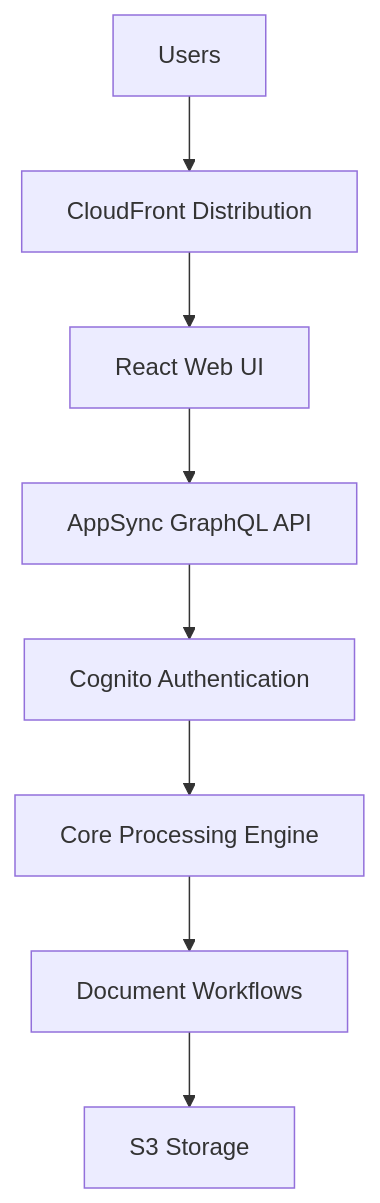
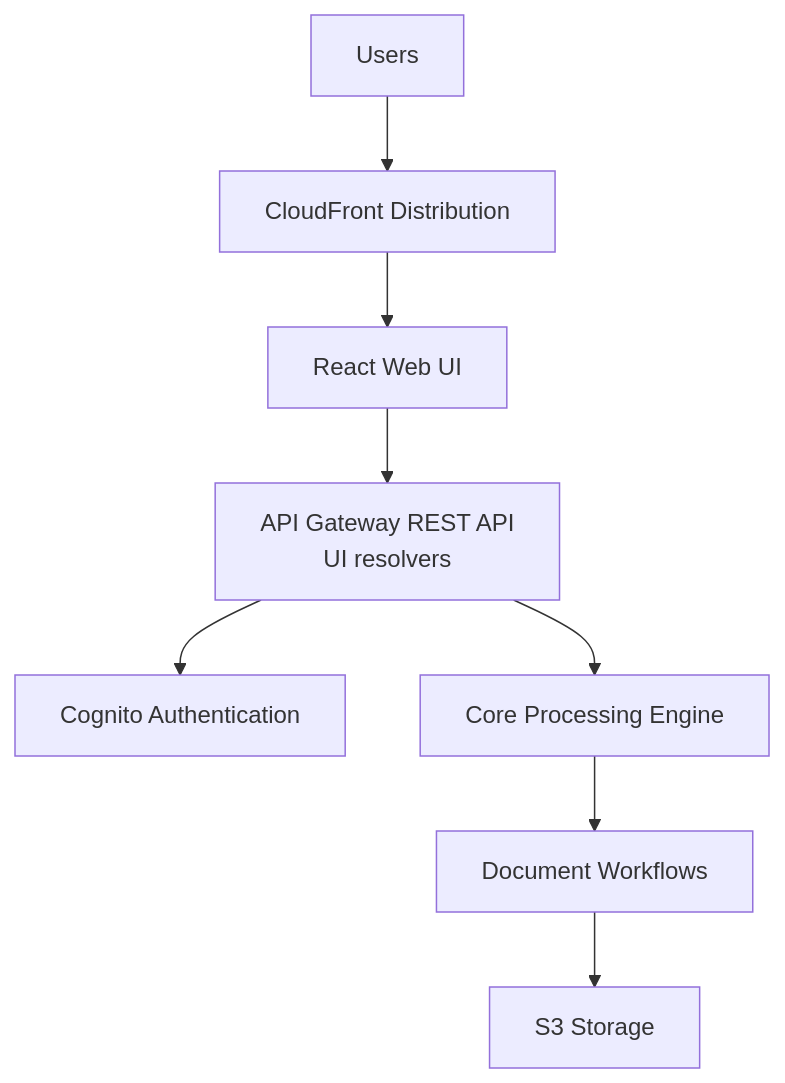
Before and after one commit to aws-samples/sample-genai-idp: the first of 2 diagrams in docs/headless-deployment.md, drawn with Mermaid. The commit also changed other lines of this file and 4 other files, not shown here.

Commit message:
feat(docs): restructure GovCloud Deployment guide and update architecture docs

````diff
--- a/docs/headless-deployment.md
+++ b/docs/headless-deployment.md
@@ -114,10 +118,10 @@
 ```mermaid
 graph TB
     A[Users] --> B[CloudFront Distribution]
     B --> C[React Web UI]
-    C --> D[AppSync GraphQL API]
+    C --> D[API Gateway REST API<br/>UI resolvers]
     D --> E[Cognito Authentication]
-    E --> F[Core Processing Engine]
+    D --> F[Core Processing Engine]
     F --> G[Document Workflows]
     G --> H[S3 Storage]
 ```
````
